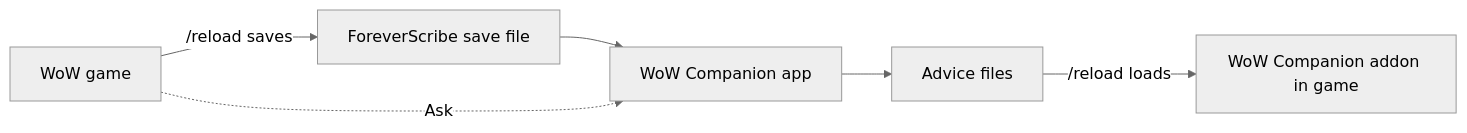
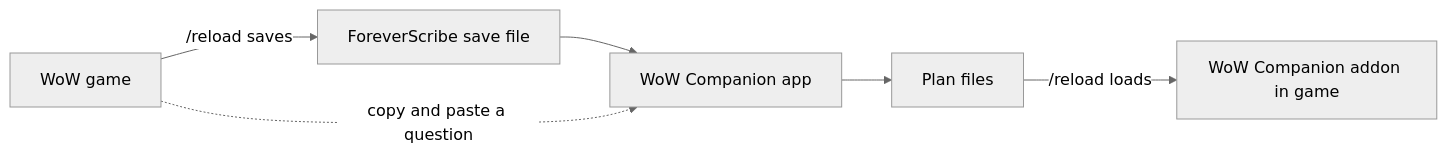
Before and after one commit to WoW-Companion/advisor: the diagram in README.md, drawn with Mermaid (neutral theme). The commit also changed other lines of this file and 4 other files, not shown here.

````diff
--- a/README.md
+++ b/README.md
@@ -30,8 +38,8 @@
 ```mermaid
 flowchart LR
     G[WoW game] -->|/reload saves| S[ForeverScribe save file]
     S --> A[WoW Companion app]
-    A --> F[Advice files]
+    A --> F[Plan files]
     F -->|/reload loads| D[WoW Companion addon in game]
-    G -.->|Ask| A
+    G -.->|copy and paste a question| A
 ```
````
